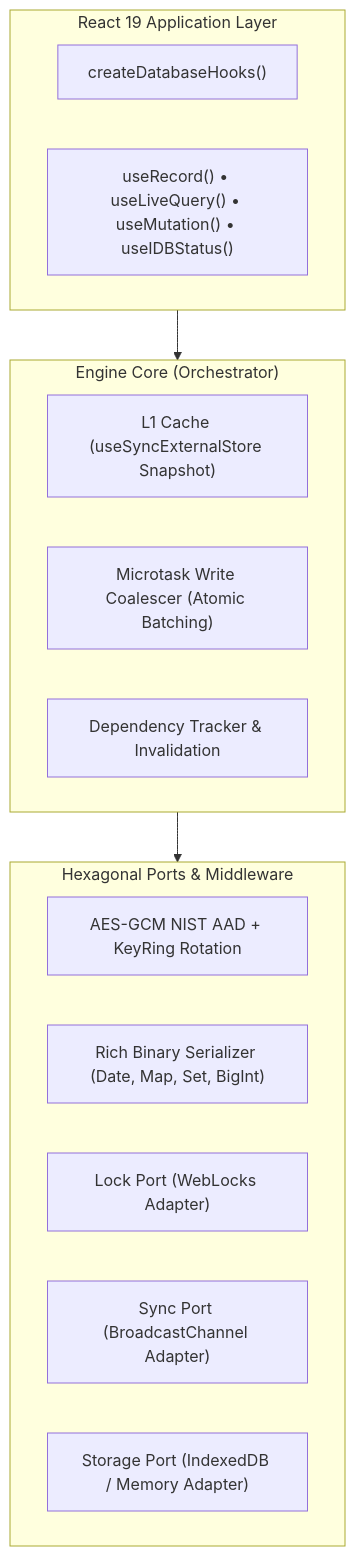
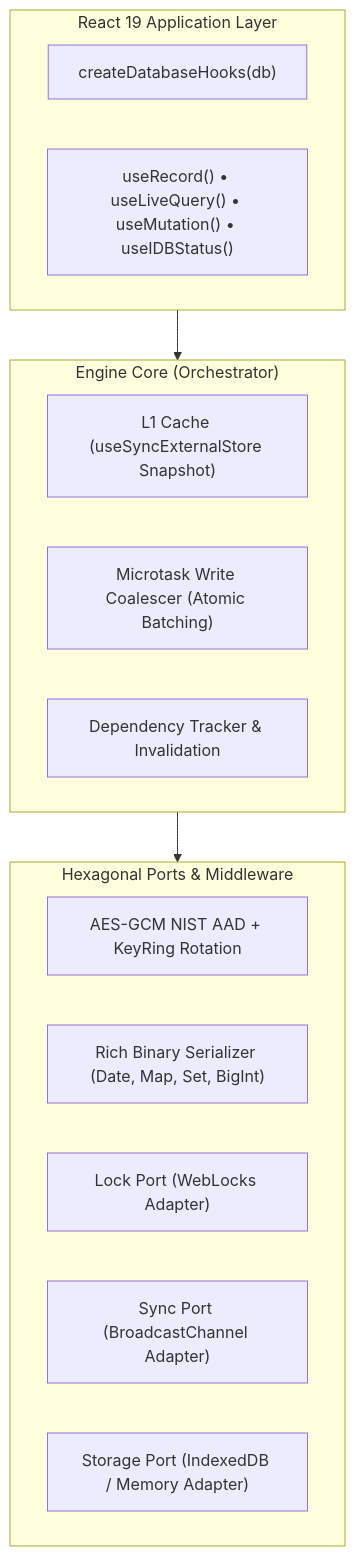
Before and after one commit to inevitableDivu/use-idb: the diagram in README.md, drawn with Mermaid. The commit also changed other lines of this file and 18 other files, not shown here.

````diff
--- a/README.md
+++ b/README.md
@@ -48,24 +48,24 @@
 ```mermaid
 flowchart TD
     subgraph UI ["React 19 Application Layer"]
-        Factory["createDatabaseHooks<TSchema>()"]
+        Factory["createDatabaseHooks(db)"]
         Hooks["useRecord() • useLiveQuery() • useMutation() • useIDBStatus()"]
     end
 
     subgraph Core ["Engine Core (Orchestrator)"]
         L1["L1 Cache (useSyncExternalStore Snapshot)"]
         Coalescer["Microtask Write Coalescer (Atomic Batching)"]
         Tracker["Dependency Tracker & Invalidation"]
     end
 
     subgraph Ports ["Hexagonal Ports & Middleware"]
         Crypto["AES-GCM NIST AAD + KeyRing Rotation"]
         Serializer["Rich Binary Serializer (Date, Map, Set, BigInt)"]
         LockPort["Lock Port (WebLocks Adapter)"]
         SyncPort["Sync Port (BroadcastChannel Adapter)"]
         StoragePort["Storage Port (IndexedDB / Memory Adapter)"]
     end
 
     UI --> Core
     Core --> Ports
 ```
````
